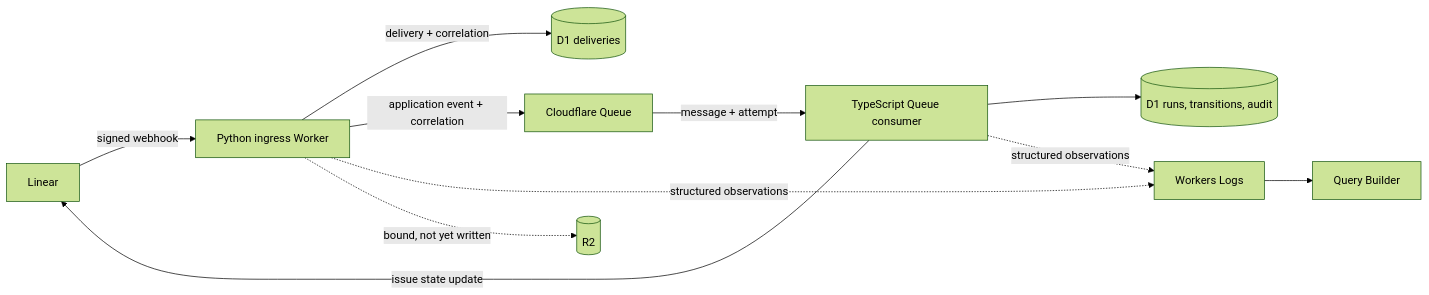
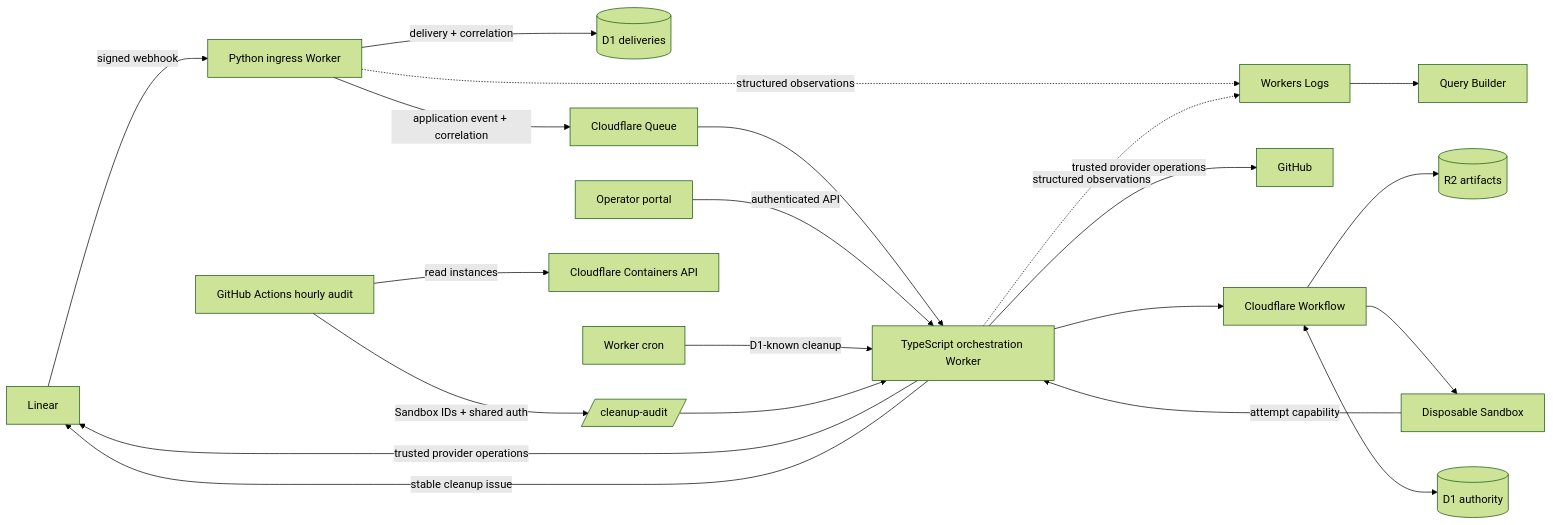
Before and after one commit to sachinkundu/deos: the diagram in current-architecture.md, drawn with Mermaid (forest theme). The commit also changed other lines of this file and 1 other file, not shown here.

Commit message:
docs: update current DEOS architecture

````diff
--- a/current-architecture.md
+++ b/current-architecture.md
@@ -75,13 +86,25 @@
 ```mermaid
 flowchart LR
   linear[Linear] -->|signed webhook| ingress[Python ingress Worker]
   ingress -->|delivery + correlation| deliveries[(D1 deliveries)]
   ingress -->|application event + correlation| queue[Cloudflare Queue]
-  queue -->|message + attempt| consumer[TypeScript Queue consumer]
-  consumer --> state[(D1 runs, transitions, audit)]
-  consumer -->|issue state update| linear
+  queue --> consumer[TypeScript orchestration Worker]
+  consumer --> workflow[Cloudflare Workflow]
+  workflow --> sandbox[Disposable Sandbox]
+  workflow <--> state[(D1 authority)]
+  workflow --> artifacts[(R2 artifacts)]
+  sandbox -->|attempt capability| consumer
+  consumer -->|trusted provider operations| linear
+  consumer -->|trusted provider operations| github[GitHub]
+  portal[Operator portal] -->|authenticated API| consumer
+
+  cron[Worker cron] -->|D1-known cleanup| consumer
+  inventory[GitHub Actions hourly audit] -->|read instances| containers[Cloudflare Containers API]
+  inventory -->|Sandbox IDs + shared auth| audit[/cleanup-audit/]
+  audit --> consumer
+  consumer -->|stable cleanup issue| linear
+
   ingress -.->|structured observations| logs[Workers Logs]
   consumer -.->|structured observations| logs
   logs --> query[Query Builder]
-  ingress -. bound, not yet written .-> r2[(R2)]
 ```
````
